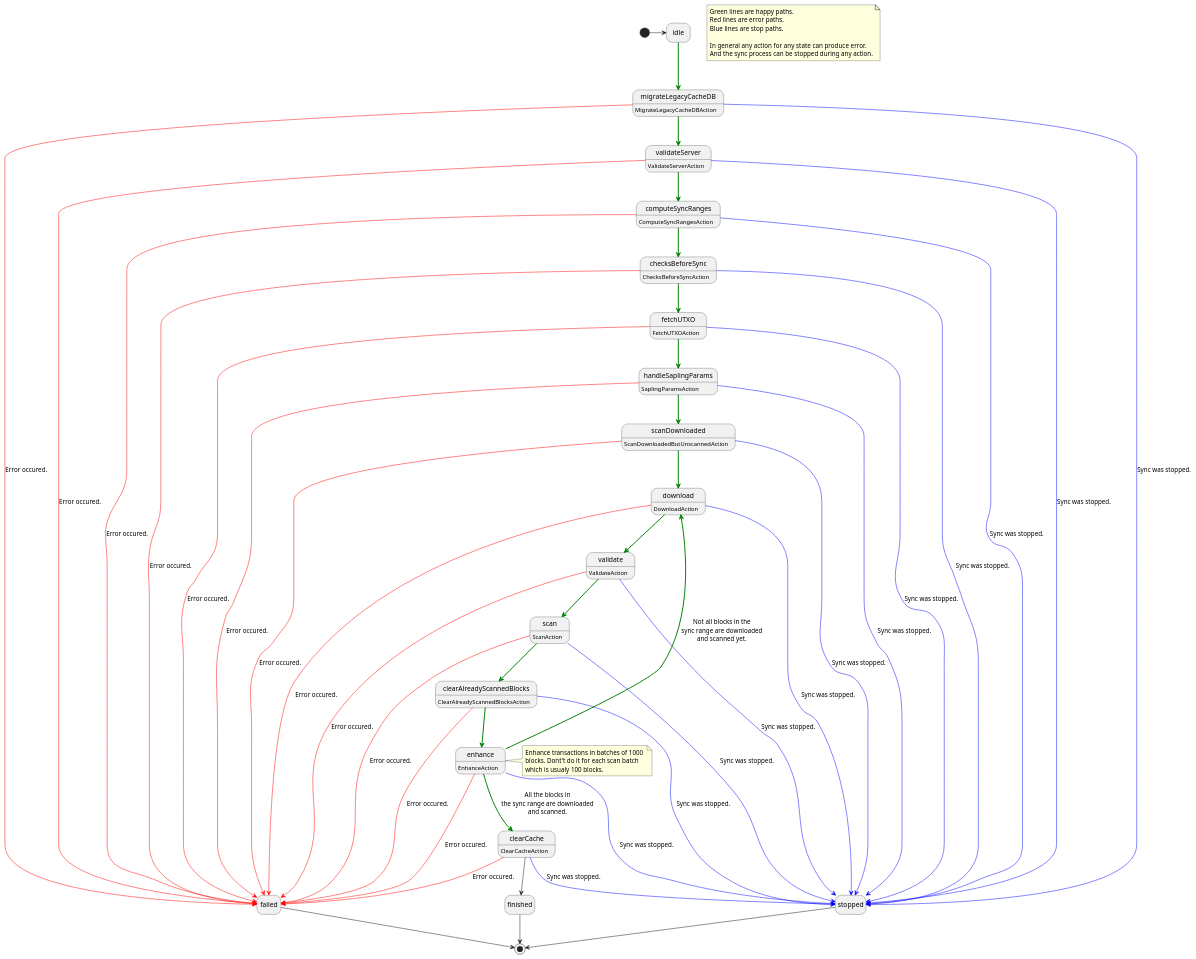
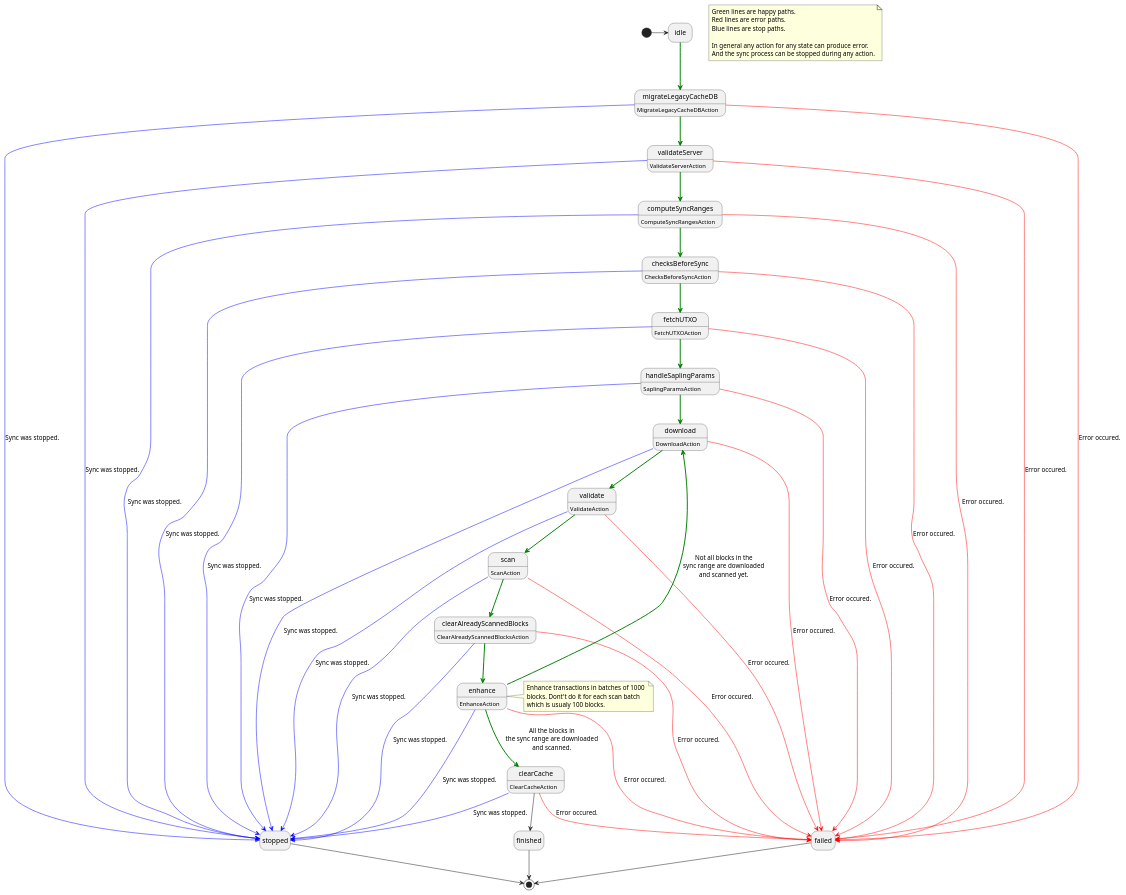
One commit to Electric-Coin-Company/zcash-swift-wallet-sdk changed the diagram in docs/cbp_state_machine.puml. Above: the diagram before and after it, drawn with PlantUML. The commit also changed 16 other files, not shown here.

First line of the commit message:
[#700] Get rid of ScanDownloadedButUnscannedAction

```diff
--- a/docs/cbp_state_machine.puml
+++ b/docs/cbp_state_machine.puml
@@ -1,94 +1,89 @@
 @startuml
 hide empty description
 
 note as Lines
     Green lines are happy paths. 
     Red lines are error paths.
     Blue lines are stop paths.
 
     In general any action for any state can produce error.
     And the sync process can be stopped during any action.
 end note
 
 
 [*] -> idle
 
 idle -[#green,bold]-> migrateLegacyCacheDB
 
 migrateLegacyCacheDB : MigrateLegacyCacheDBAction
 migrateLegacyCacheDB -[#green,bold]-> validateServer
 migrateLegacyCacheDB -[#red]-> failed : Error occured.
 migrateLegacyCacheDB -[#blue]-> stopped : Sync was stopped.
 
 validateServer : ValidateServerAction
 validateServer -[#green,bold]-> computeSyncRanges
 validateServer -[#red]-> failed : Error occured.
 validateServer -[#blue]-> stopped : Sync was stopped.
 
 computeSyncRanges : ComputeSyncRangesAction
 computeSyncRanges -[#green,bold]-> checksBeforeSync
 computeSyncRanges -[#red]-> failed : Error occured.
 computeSyncRanges -[#blue]-> stopped : Sync was stopped.
 
 checksBeforeSync : ChecksBeforeSyncAction
 checksBeforeSync -[#green,bold]-> fetchUTXO
 checksBeforeSync -[#red]-> failed : Error occured.
 checksBeforeSync -[#blue]-> stopped : Sync was stopped.
 
 fetchUTXO : FetchUTXOAction
 fetchUTXO -[#green,bold]-> handleSaplingParams
 fetchUTXO -[#red]-> failed : Error occured.
 fetchUTXO -[#blue]-> stopped : Sync was stopped.
 
 handleSaplingParams : SaplingParamsAction
-handleSaplingParams -[#green,bold]-> scanDownloaded
+handleSaplingParams -[#green,bold]-> download
 handleSaplingParams -[#red]-> failed : Error occured.
 handleSaplingParams -[#blue]-> stopped : Sync was stopped.
-
-scanDownloaded : ScanDownloadedButUnscannedAction
-scanDownloaded -[#green,bold]-> download
-scanDownloaded -[#red]-> failed : Error occured.
-scanDownloaded -[#blue]-> stopped : Sync was stopped.
 
 download : DownloadAction
 download -[#green,bold]-> validate
 download -[#red]-> failed : Error occured.
 download -[#blue]-> stopped : Sync was stopped.
 
 validate : ValidateAction
 validate -[#green,bold]-> scan
 validate -[#red]-> failed : Error occured.
 validate -[#blue]-> stopped : Sync was stopped.
 
 scan : ScanAction
 scan -[#green,bold]-> clearAlreadyScannedBlocks
 scan -[#red]-> failed : Error occured.
 scan -[#blue]-> stopped : Sync was stopped.
 
 clearAlreadyScannedBlocks : ClearAlreadyScannedBlocksAction
 clearAlreadyScannedBlocks -[#green,bold]-> enhance
 clearAlreadyScannedBlocks -[#red]-> failed : Error occured.
 clearAlreadyScannedBlocks -[#blue]-> stopped : Sync was stopped.
 
 enhance : EnhanceAction
 enhance -[#green,bold]-> download : Not all blocks in the\nsync range are downloaded\nand scanned yet.
 enhance -[#green,bold]-> clearCache : All the blocks in\nthe sync range are downloaded\nand scanned.
 enhance -[#red]-> failed : Error occured.
 enhance -[#blue]-> stopped : Sync was stopped.
 
 note right of enhance
     Enhance transactions in batches of 1000 
     blocks. Dont't do it for each scan batch 
     which is usualy 100 blocks.
 end note
 
 clearCache : ClearCacheAction
 clearCache --> finished
 clearCache -[#red]-> failed : Error occured.
 clearCache -[#blue]-> stopped : Sync was stopped.
 
 finished --> [*]
 failed --> [*]
 stopped --> [*]
 
 @enduml
```
